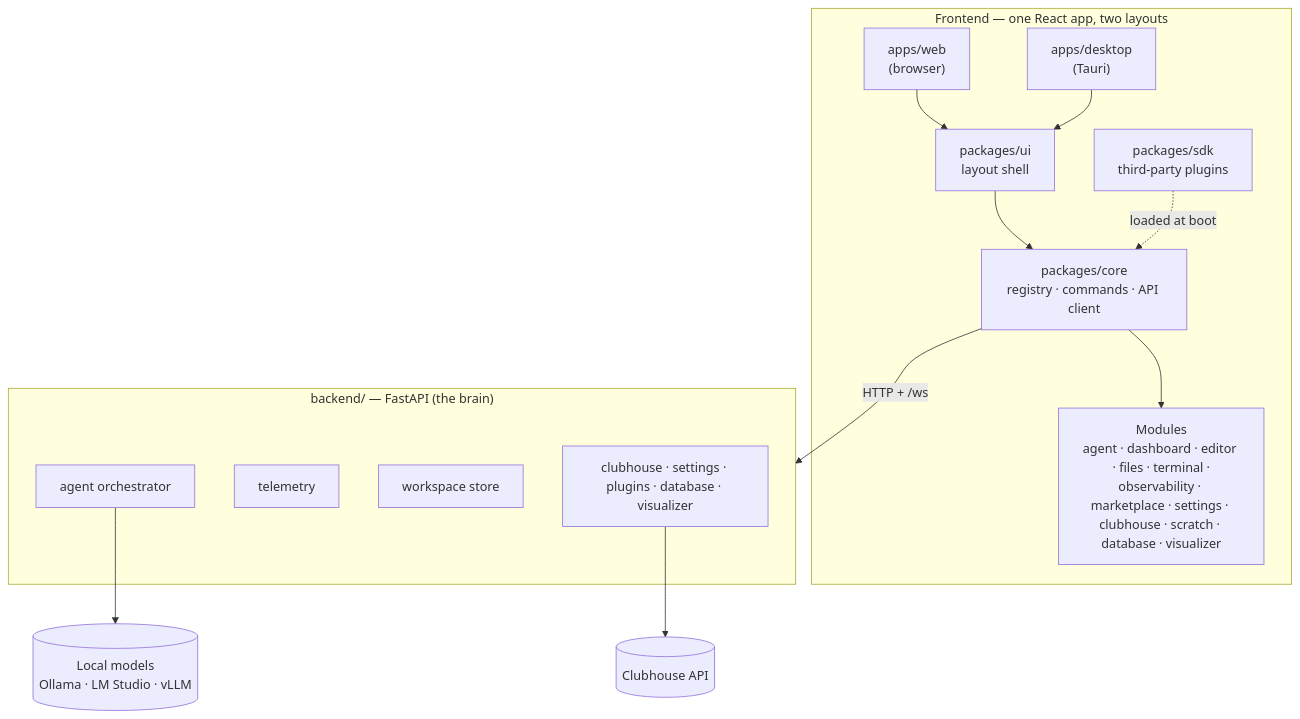
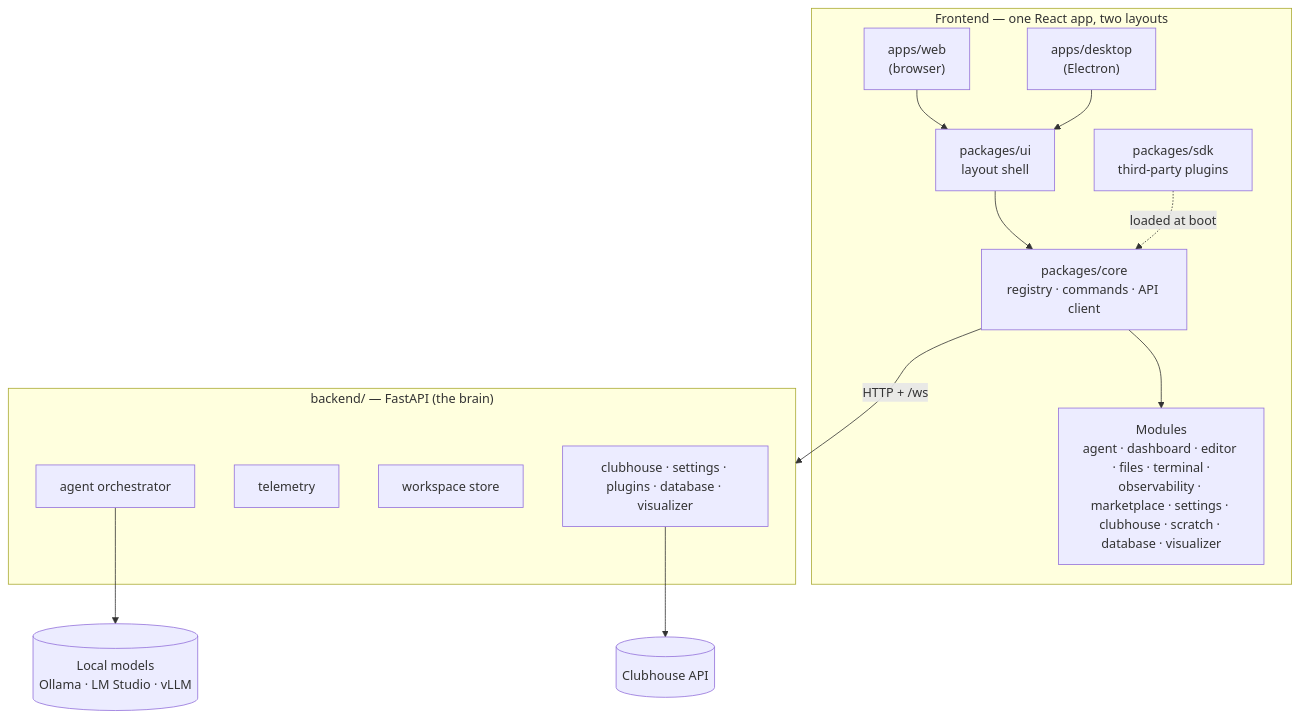
Before and after one commit to ConstCorrectness/horrible-dashboard: the diagram in docs/README.mdx, drawn with Mermaid. The commit also changed other lines of this file and 37 other files, not shown here.

First line of the commit message:
feat(desktop): release pipeline, docs and dev launcher for the Electron shell

````diff
--- a/docs/README.mdx
+++ b/docs/README.mdx
@@ -18,28 +18,28 @@
 ```mermaid
 flowchart TB
     subgraph FE["Frontend — one React app, two layouts"]
         Web["apps/web<br/>(browser)"]
-        Desk["apps/desktop<br/>(Tauri)"]
+        Desk["apps/desktop<br/>(Electron)"]
         UI["packages/ui<br/>layout shell"]
         Core["packages/core<br/>registry · commands · API client"]
         Mods["Modules<br/>agent · dashboard · editor · files · terminal ·<br/>observability · marketplace · settings · clubhouse · scratch · database · visualizer"]
         SDK["packages/sdk<br/>third-party plugins"]
     end
     subgraph BE["backend/ — FastAPI (the brain)"]
         Agent["agent orchestrator"]
         Tel["telemetry"]
         WSrv["workspace store"]
         Other["clubhouse · settings · plugins · database · visualizer"]
     end
     Ext[("Local models<br/>Ollama · LM Studio · vLLM")]
     CH[("Clubhouse API")]
 
     Web --> UI
     Desk --> UI
     UI --> Core
     Core --> Mods
     SDK -. "loaded at boot" .-> Core
     Core -->|"HTTP + /ws"| BE
     Agent --> Ext
     Other --> CH
 ```
````
